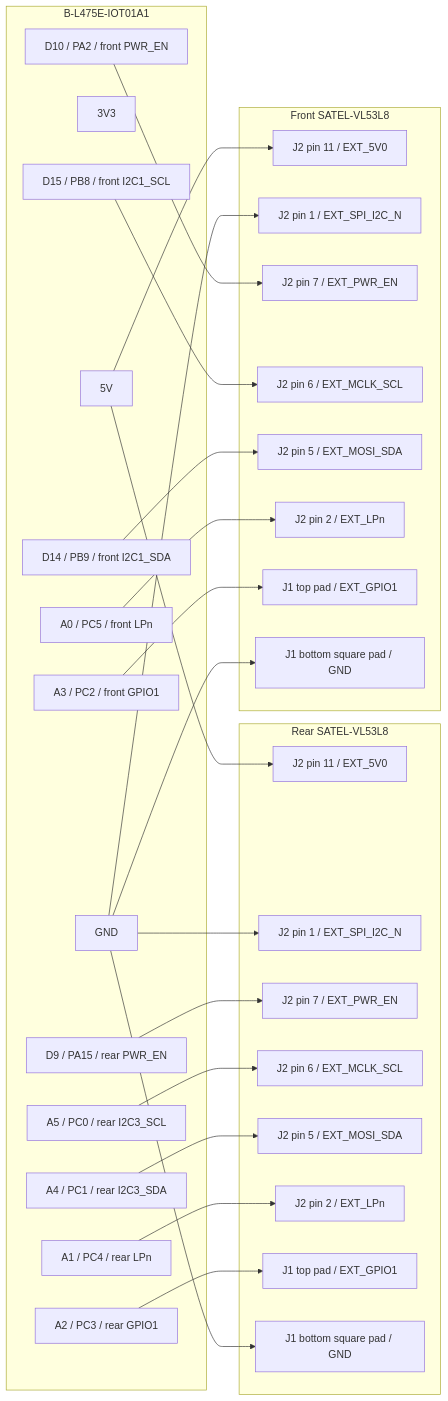
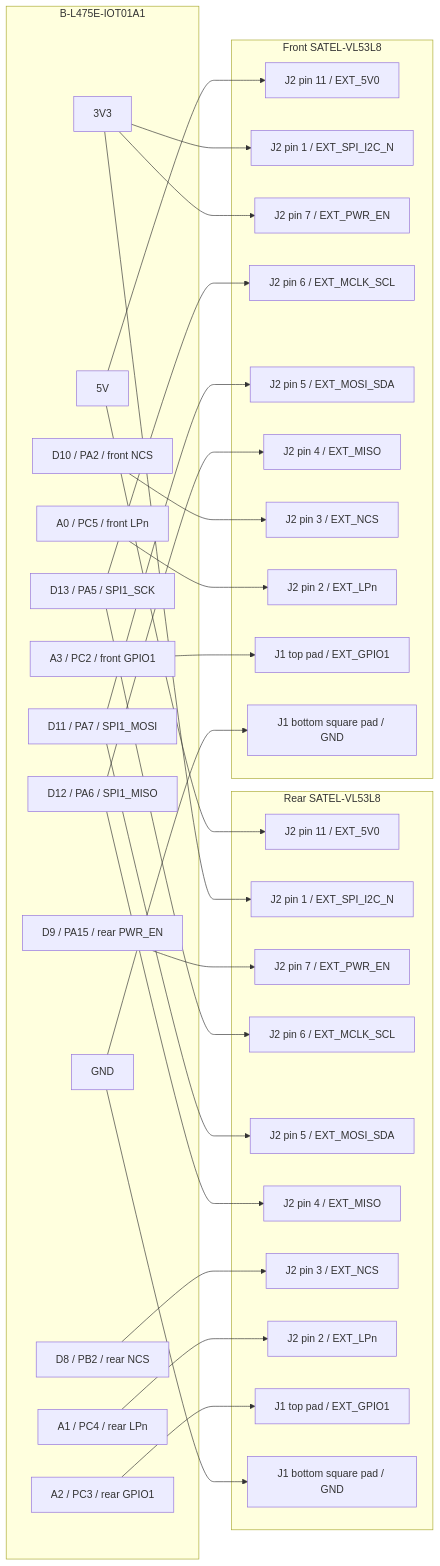
The third of 3 diagrams in firmware/stm32-mcp/docs/dev/10-vl53l8-satel-bringup.md (JuneJulyAugust/openotter), drawn with Mermaid before and after one commit. The commit also changed other lines of this file and 8 other files, not shown here.

````diff
--- a/firmware/stm32-mcp/docs/dev/10-vl53l8-satel-bringup.md
+++ b/firmware/stm32-mcp/docs/dev/10-vl53l8-satel-bringup.md
@@ -218,57 +288,65 @@
 ```mermaid
 flowchart LR
     subgraph IOT["B-L475E-IOT01A1"]
         I5V["5V"]
         I3V3["3V3"]
         IGND["GND"]
-        RSCL["A5 / PC0 / rear I2C3_SCL"]
-        RSDA["A4 / PC1 / rear I2C3_SDA"]
-        FSCL["D15 / PB8 / front I2C1_SCL"]
-        FSDA["D14 / PB9 / front I2C1_SDA"]
+        SCK["D13 / PA5 / SPI1_SCK"]
+        MOSI["D11 / PA7 / SPI1_MOSI"]
+        MISO["D12 / PA6 / SPI1_MISO"]
+        RNCS["D8 / PB2 / rear NCS"]
+        FNCS["D10 / PA2 / front NCS"]
         RLP["A1 / PC4 / rear LPn"]
         FLP["A0 / PC5 / front LPn"]
         RINT["A2 / PC3 / rear GPIO1"]
         FINT["A3 / PC2 / front GPIO1"]
         RPWR["D9 / PA15 / rear PWR_EN"]
-        FPWR["D10 / PA2 / front PWR_EN"]
     end
 
     subgraph REAR["Rear SATEL-VL53L8"]
         R5V["J2 pin 11 / EXT_5V0"]
-        R3V3MODE["J2 pin 1 / EXT_SPI_I2C_N"]
+        RSPIMODE["J2 pin 1 / EXT_SPI_I2C_N"]
         R3V3PWR["J2 pin 7 / EXT_PWR_EN"]
-        RSCLPIN["J2 pin 6 / EXT_MCLK_SCL"]
-        RSDAPIN["J2 pin 5 / EXT_MOSI_SDA"]
+        RSCKPIN["J2 pin 6 / EXT_MCLK_SCL"]
+        RMOSIPIN["J2 pin 5 / EXT_MOSI_SDA"]
+        RMISOPIN["J2 pin 4 / EXT_MISO"]
+        RNCSPIN["J2 pin 3 / EXT_NCS"]
         RLPIN["J2 pin 2 / EXT_LPn"]
         RG1["J1 top pad / EXT_GPIO1"]
         RGND["J1 bottom square pad / GND"]
     end
 
     subgraph FRONT["Front SATEL-VL53L8"]
         F5V["J2 pin 11 / EXT_5V0"]
-        F3V3MODE["J2 pin 1 / EXT_SPI_I2C_N"]
+        FSPIMODE["J2 pin 1 / EXT_SPI_I2C_N"]
         F3V3PWR["J2 pin 7 / EXT_PWR_EN"]
-        FSCLPIN["J2 pin 6 / EXT_MCLK_SCL"]
-        FSDAPIN["J2 pin 5 / EXT_MOSI_SDA"]
+        FSCKPIN["J2 pin 6 / EXT_MCLK_SCL"]
+        FMOSIPIN["J2 pin 5 / EXT_MOSI_SDA"]
+        FMISOPIN["J2 pin 4 / EXT_MISO"]
+        FNCSPIN["J2 pin 3 / EXT_NCS"]
         FLPIN["J2 pin 2 / EXT_LPn"]
         FG1["J1 top pad / EXT_GPIO1"]
         FGND["J1 bottom square pad / GND"]
     end
 
     I5V --> R5V
     I5V --> F5V
-    IGND --> R3V3MODE
-    IGND --> F3V3MODE
+    I3V3 --> RSPIMODE
+    I3V3 --> FSPIMODE
     RPWR --> R3V3PWR
-    FPWR --> F3V3PWR
+    I3V3 --> F3V3PWR
     IGND --> RGND
     IGND --> FGND
-    RSCL --> RSCLPIN
-    FSCL --> FSCLPIN
-    RSDA --> RSDAPIN
-    FSDA --> FSDAPIN
+    SCK --> RSCKPIN
+    SCK --> FSCKPIN
+    MOSI --> RMOSIPIN
+    MOSI --> FMOSIPIN
+    MISO --> RMISOPIN
+    MISO --> FMISOPIN
+    RNCS --> RNCSPIN
+    FNCS --> FNCSPIN
     RLP --> RLPIN
     FLP --> FLPIN
     RINT --> RG1
     FINT --> FG1
 ```
````
